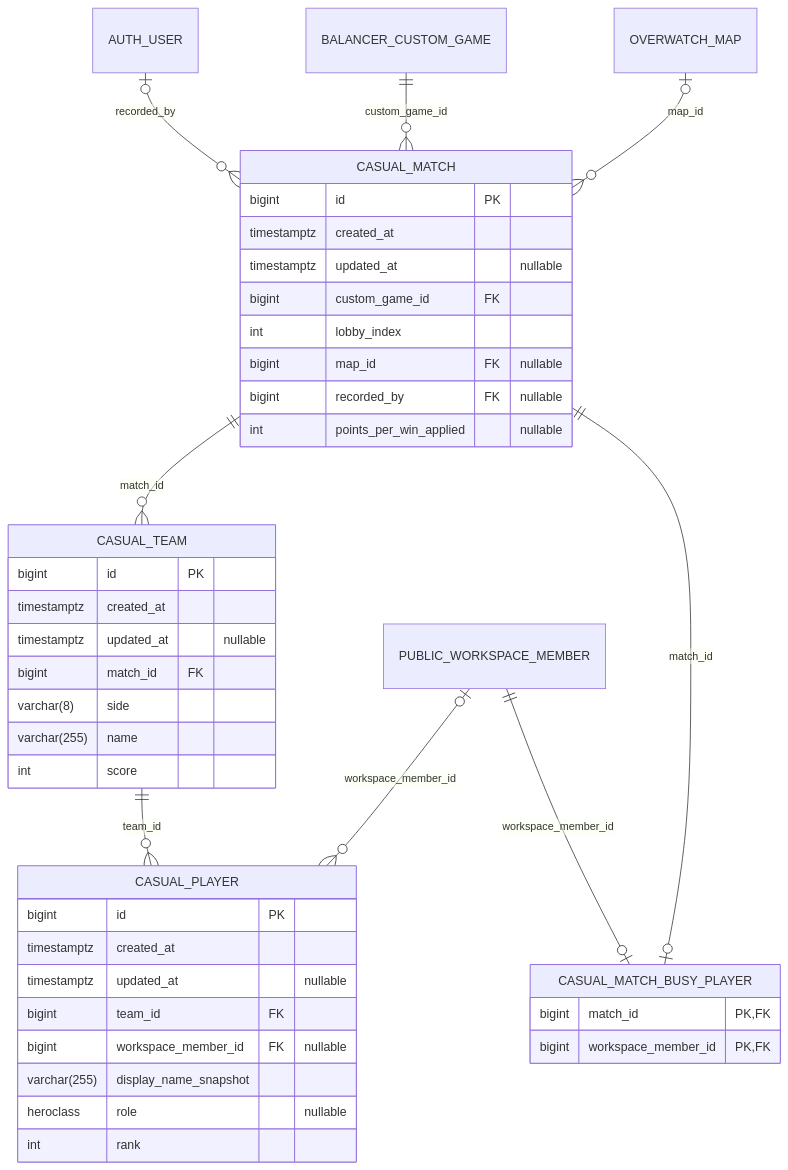
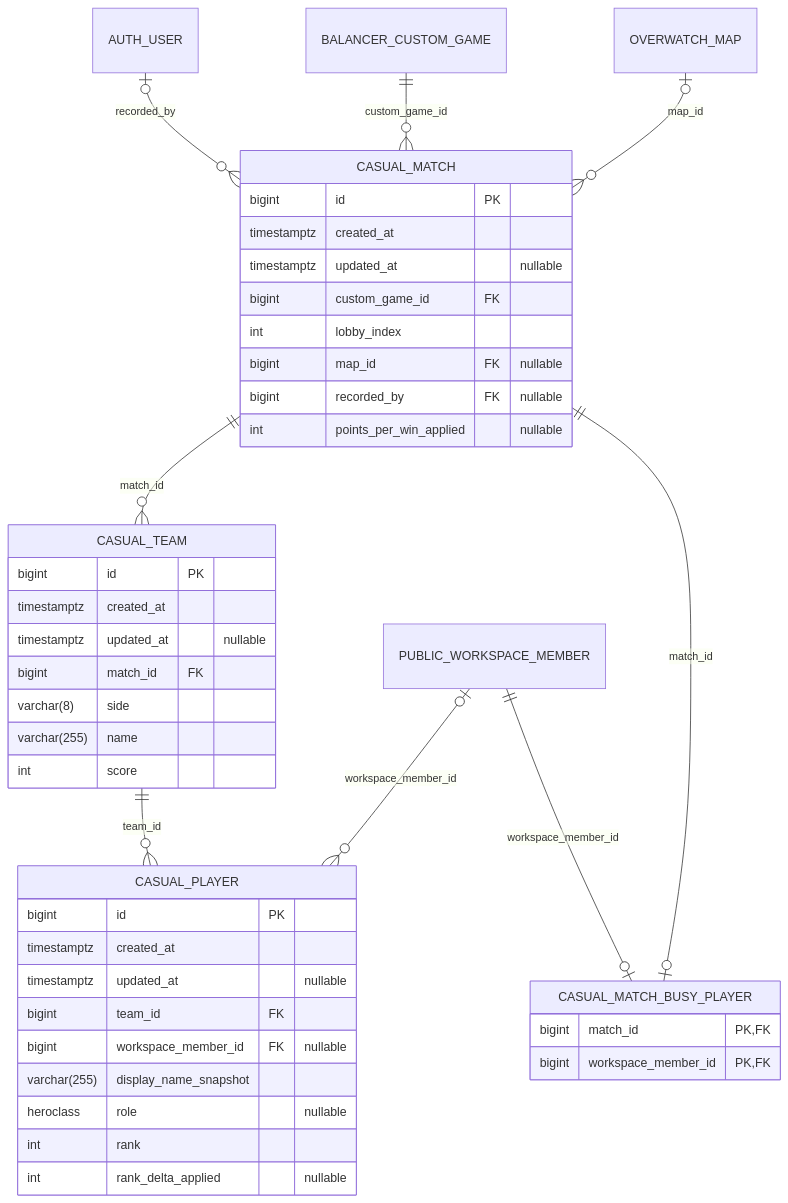
Before and after one commit to CraazzzyyFoxx/overwatch-tournaments: diagram 12 of 20 in docs/database_erd.md, drawn with Mermaid. The commit also changed other lines of this file and 49 other files, not shown here.

````diff
--- a/docs/database_erd.md
+++ b/docs/database_erd.md
@@ -2069,45 +2087,46 @@
 ```mermaid
 erDiagram
     CASUAL_MATCH {
         bigint id PK
         timestamptz created_at
         timestamptz updated_at "nullable"
         bigint custom_game_id FK
         int lobby_index
         bigint map_id FK "nullable"
         bigint recorded_by FK "nullable"
         int points_per_win_applied "nullable"
     }
     CASUAL_MATCH_BUSY_PLAYER {
         bigint match_id PK,FK
         bigint workspace_member_id PK,FK
     }
     CASUAL_PLAYER {
         bigint id PK
         timestamptz created_at
         timestamptz updated_at "nullable"
         bigint team_id FK
         bigint workspace_member_id FK "nullable"
         varchar(255) display_name_snapshot
         heroclass role "nullable"
         int rank
+        int rank_delta_applied "nullable"
     }
     CASUAL_TEAM {
         bigint id PK
         timestamptz created_at
         timestamptz updated_at "nullable"
         bigint match_id FK
         varchar(8) side
         varchar(255) name
         int score
     }
 
     AUTH_USER |o--o{ CASUAL_MATCH : "recorded_by"
     BALANCER_CUSTOM_GAME ||--o{ CASUAL_MATCH : "custom_game_id"
     CASUAL_MATCH ||--o{ CASUAL_TEAM : "match_id"
     CASUAL_MATCH ||--o| CASUAL_MATCH_BUSY_PLAYER : "match_id"
     CASUAL_TEAM ||--o{ CASUAL_PLAYER : "team_id"
     OVERWATCH_MAP |o--o{ CASUAL_MATCH : "map_id"
     PUBLIC_WORKSPACE_MEMBER |o--o{ CASUAL_PLAYER : "workspace_member_id"
     PUBLIC_WORKSPACE_MEMBER ||--o| CASUAL_MATCH_BUSY_PLAYER : "workspace_member_id"
 ```
````
